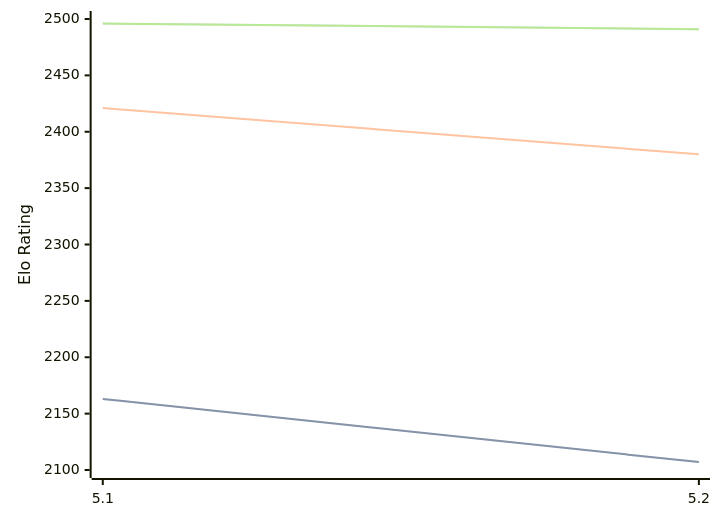
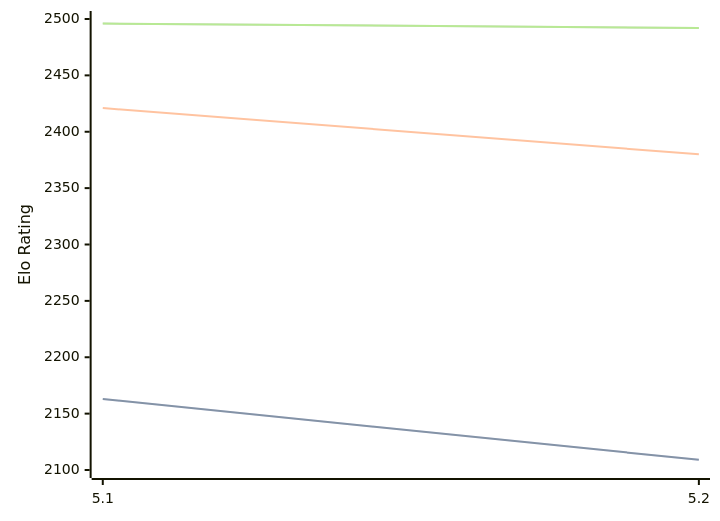
Before and after one commit to computer-chess-index/cci: the diagram in engines/Prophet.md, drawn with Mermaid. The commit also changed other lines of this file, not shown here.

Commit message:
Update CCI Ratings (ELO VLTC) - 2026-08-25

````diff
--- a/engines/Prophet.md
+++ b/engines/Prophet.md
@@ -32,11 +32,11 @@
 ```mermaid
 %%{init: {"theme":"base","themeVariables":{"seriesColors:['#a3a3a3','#222221','#faa371']}}}%%
 xychart-beta
   x-axis ["5.1", "5.2"]
   y-axis "Elo Rating" 2100 --> 2500
-  line "STC (8.0+0.08s)" [2163, 2107]
-  line "STC (8.0+0.08s)" [2163, 2107]
+  line "STC (8.0+0.08s)" [2163, 2109]
+  line "STC (8.0+0.08s)" [2163, 2109]
   line "LTC (60.0+0.60s)" [2421, 2380]
-  line "VLTC (2m24s+1.12s)" [2496, 2491]
-  line "VLTC (2m24s+1.12s)" [2496, 2491]
+  line "VLTC (2m24s+1.12s)" [2496, 2492]
+  line "VLTC (2m24s+1.12s)" [2496, 2492]
 ```
````
